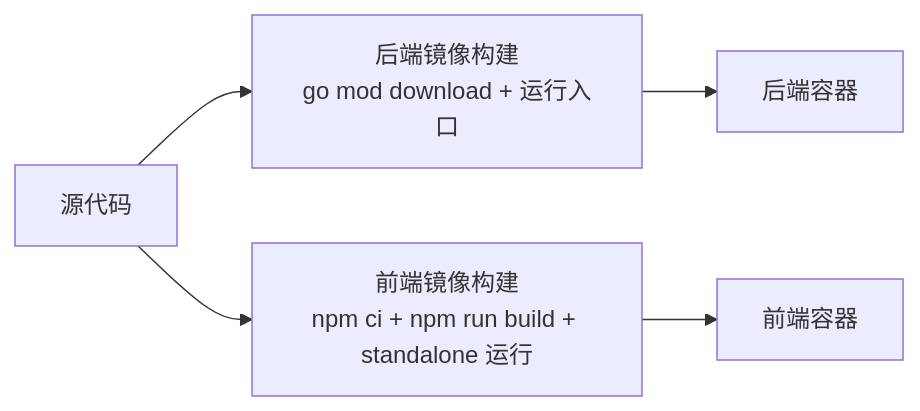
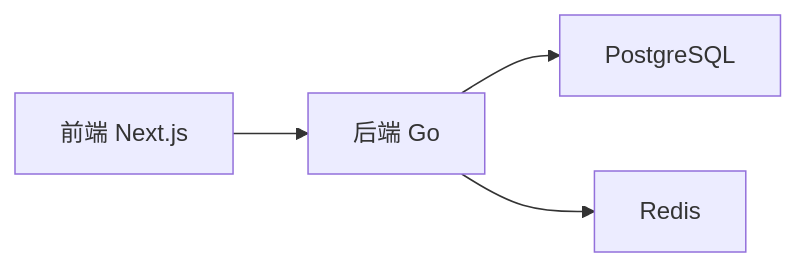
Before and after one commit to alvinwangzi/goodhr: the sixth of 9 diagrams in .qoder/repowiki/zh/content/部署指南/生产环境部署/自动化部署流程.md, drawn with Mermaid. The commit also changed other lines of this file and 149 other files, not shown here.

````diff
--- a/.qoder/repowiki/zh/content/部署指南/生产环境部署/自动化部署流程.md
+++ b/.qoder/repowiki/zh/content/部署指南/生产环境部署/自动化部署流程.md
@@ -193,7 +224,6 @@
 ```mermaid
 graph LR
-A["源代码"] --> B["后端镜像构建<br/>go mod download + 运行入口"]
-A --> C["前端镜像构建<br/>npm ci + npm run build + standalone 运行"]
-B --> D["后端容器"]
-C --> E["前端容器"]
+FE["前端 Next.js"] --> BE["后端 Go"]
+BE --> PG["PostgreSQL"]
+BE --> RD["Redis"]
 ```
````
